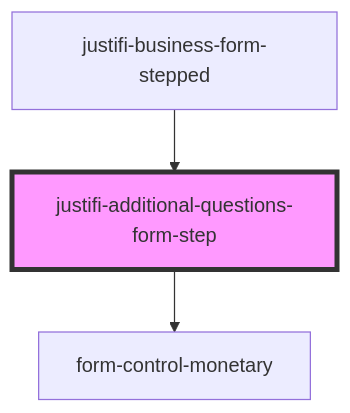
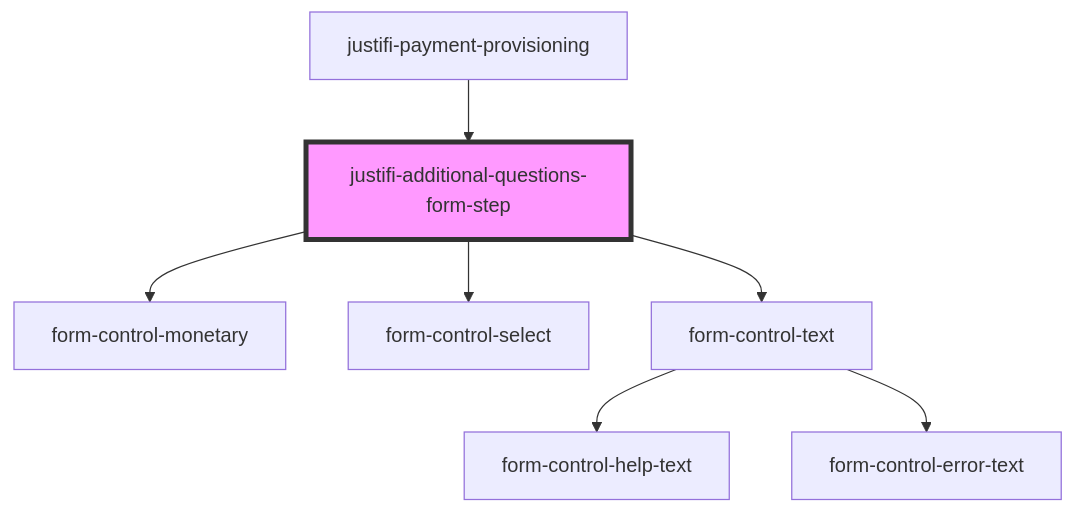
The diagram in packages/webcomponents/src/components/business-forms/payment-provisioning/additional-questions/readme.md (justifi-tech/web-component-library), drawn with Mermaid before and after one commit. The commit also changed other lines of this file and 32 other files, not shown here.

````diff
--- a/packages/webcomponents/src/components/business-forms/payment-provisioning/additional-questions/readme.md
+++ b/packages/webcomponents/src/components/business-forms/payment-provisioning/additional-questions/readme.md
@@ -26,6 +58,10 @@
 ```mermaid
 graph TD;
   justifi-additional-questions-form-step --> form-control-monetary
-  justifi-business-form-stepped --> justifi-additional-questions-form-step
+  justifi-additional-questions-form-step --> form-control-select
+  justifi-additional-questions-form-step --> form-control-text
+  form-control-text --> form-control-help-text
+  form-control-text --> form-control-error-text
+  justifi-payment-provisioning --> justifi-additional-questions-form-step
   style justifi-additional-questions-form-step fill:#f9f,stroke:#333,stroke-width:4px
 ```
````
